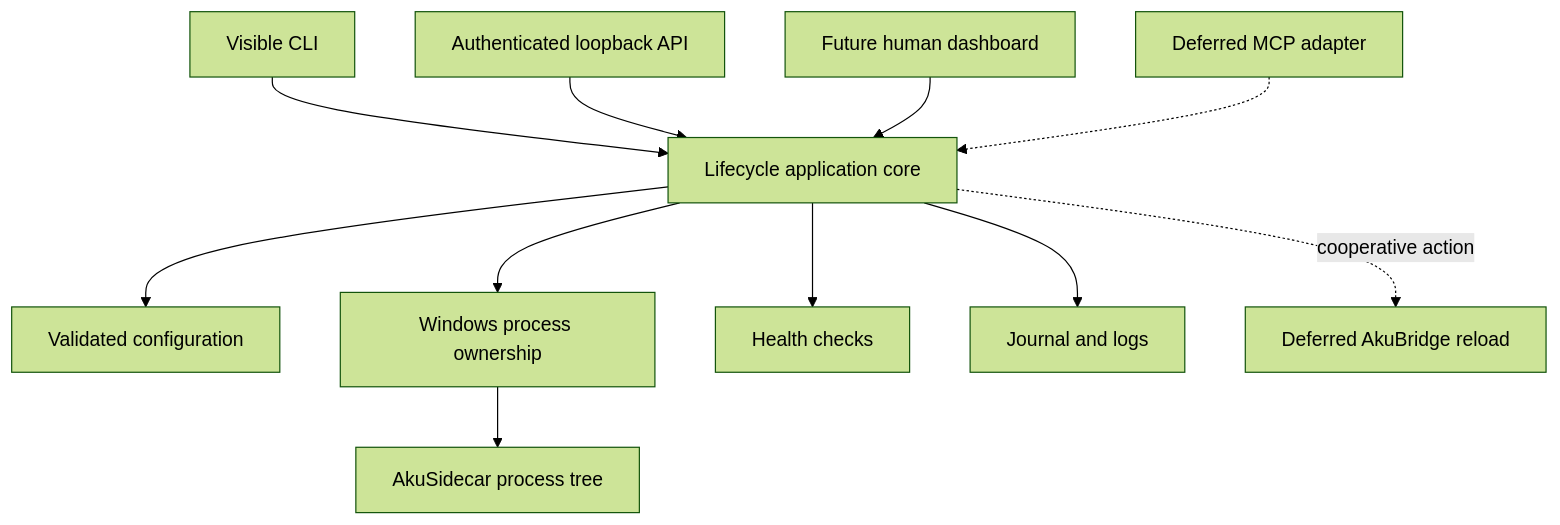
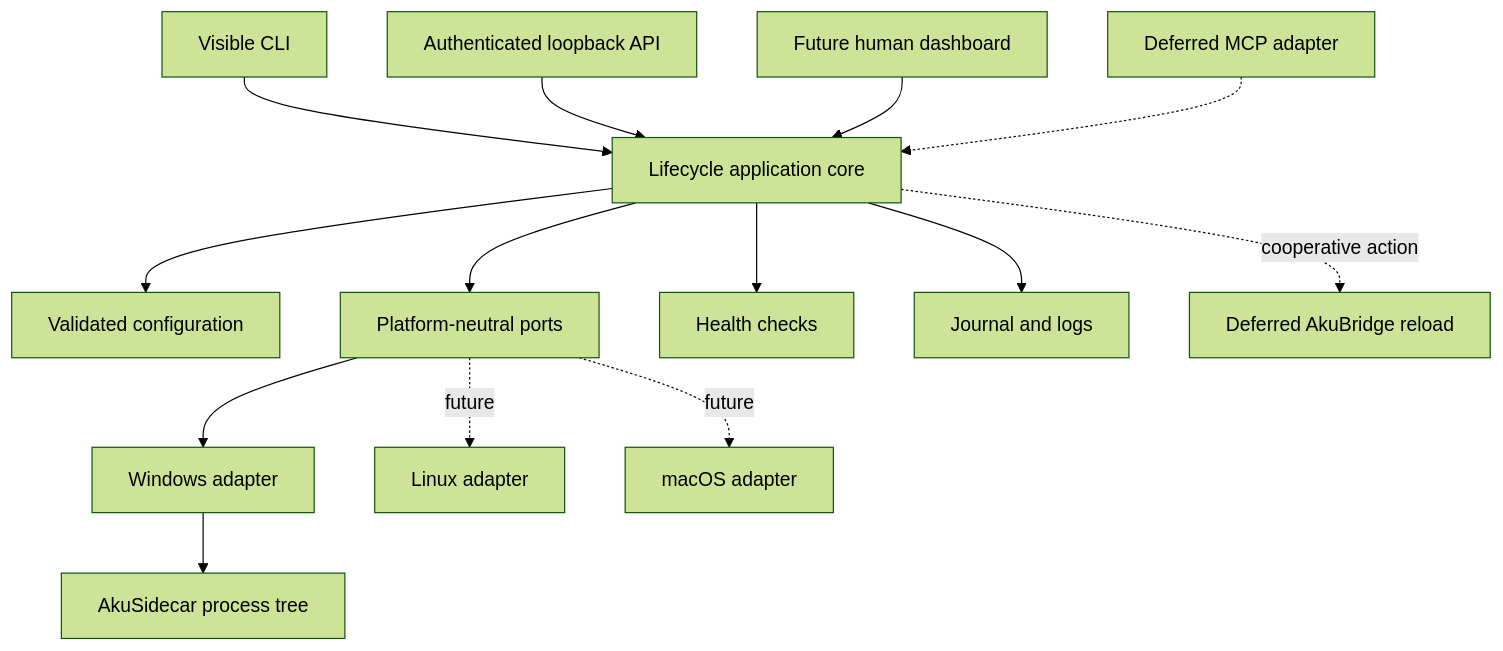
Before and after one commit to abangkis/AkuSupervisor: the diagram in docs/implementation-roadmap.md, drawn with Mermaid (forest theme). The commit also changed other lines of this file and 6 other files, not shown here.

````diff
--- a/docs/implementation-roadmap.md
+++ b/docs/implementation-roadmap.md
@@ -34,13 +34,16 @@
 ```mermaid
 flowchart TB
     CLI["Visible CLI"] --> APP["Lifecycle application core"]
     API["Authenticated loopback API"] --> APP
     UI["Future human dashboard"] --> APP
     MCP["Deferred MCP adapter"] -.-> APP
     APP --> CFG["Validated configuration"]
-    APP --> WIN["Windows process ownership"]
+    APP --> PORTS["Platform-neutral ports"]
+    PORTS --> WIN["Windows adapter"]
+    PORTS -. future .-> LINUX["Linux adapter"]
+    PORTS -. future .-> MAC["macOS adapter"]
     APP --> HEALTH["Health checks"]
     APP --> JOURNAL["Journal and logs"]
     WIN --> SIDE["AkuSidecar process tree"]
     APP -. cooperative action .-> BRIDGE["Deferred AkuBridge reload"]
 ```
````
